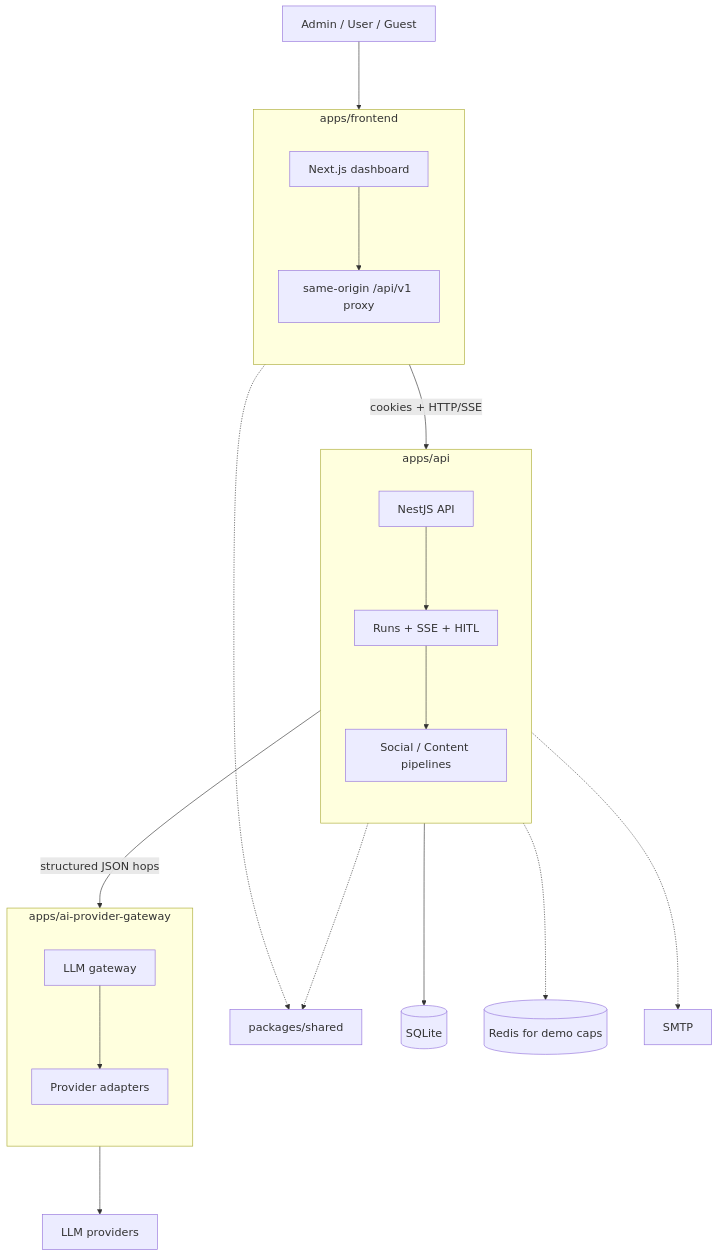
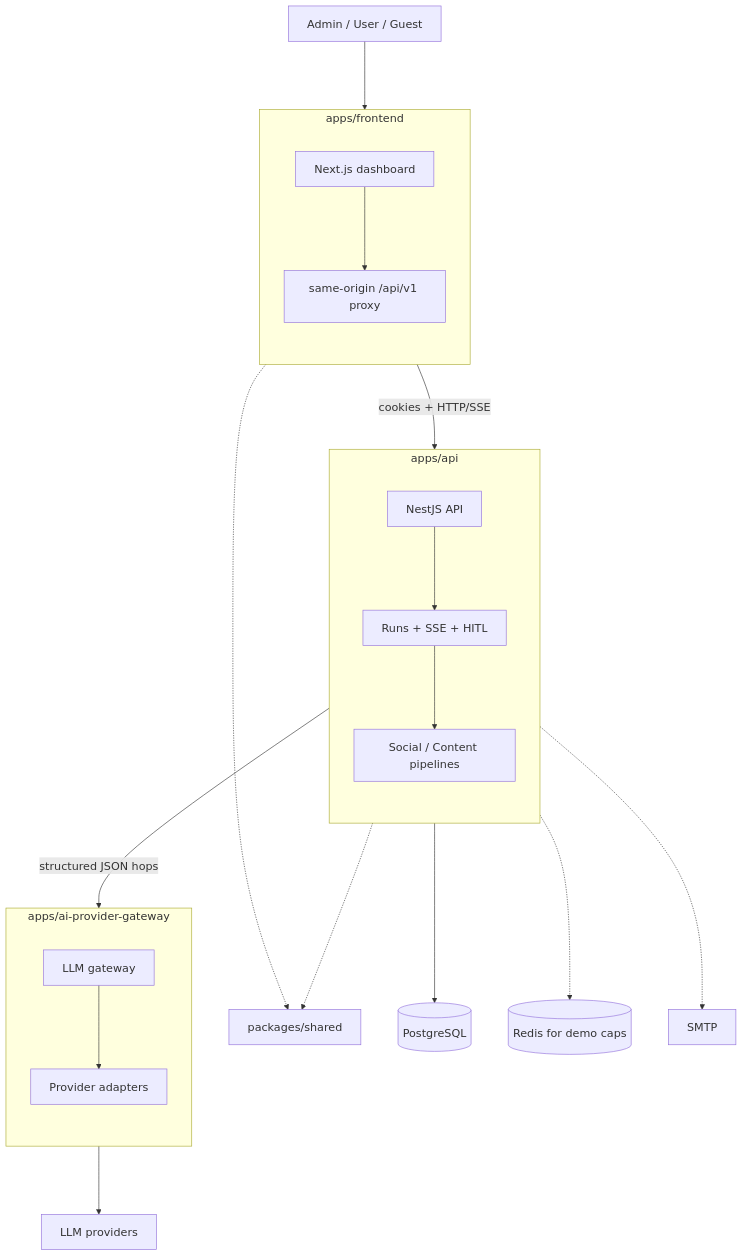
One commit to matej2314/content-chain changed the first of 4 diagrams in README.md. Above: the diagram before and after it, drawn with Mermaid. The commit also changed other lines of this file, not shown here.

````diff
--- a/README.md
+++ b/README.md
@@ -65,47 +66,47 @@
 ```mermaid
 %%{init: {"themeVariables": {"fontSize": "18px"}, "flowchart": {"nodeSpacing": 60, "rankSpacing": 110}}}%%
 flowchart TD
   User["Admin / User / Guest"]
 
   subgraph Frontend["apps/frontend"]
     direction TB
     FE["Next.js dashboard"]
     BFF["same-origin /api/v1 proxy"]
   end
 
   subgraph Backend["apps/api"]
     direction TB
     API["NestJS API"]
     Runs["Runs + SSE + HITL"]
     Agents["Social / Content pipelines"]
   end
 
   subgraph Gateway["apps/ai-provider-gateway"]
     direction TB
     GW["LLM gateway"]
     Providers["Provider adapters"]
   end
 
   Shared["packages/shared"]
-  DB[(SQLite)]
+  DB[(PostgreSQL)]
   Redis[(Redis for demo caps)]
   SMTP["SMTP"]
   Vendors["LLM providers"]
 
   User --> FE
   FE --> BFF
   BFF -->|"cookies + HTTP/SSE"| API
   API --> Runs
   Runs --> Agents
   Agents -->|"structured JSON hops"| GW
   GW --> Providers
   Providers --> Vendors
   API --> DB
   API -.-> Redis
   API -.-> SMTP
   FE -.-> Shared
   API -.-> Shared
 
   classDef largeText font-size:18px
   class User,FE,BFF,API,Runs,Agents,GW,Providers,Shared,DB,Redis,SMTP,Vendors largeText
 ```
````
